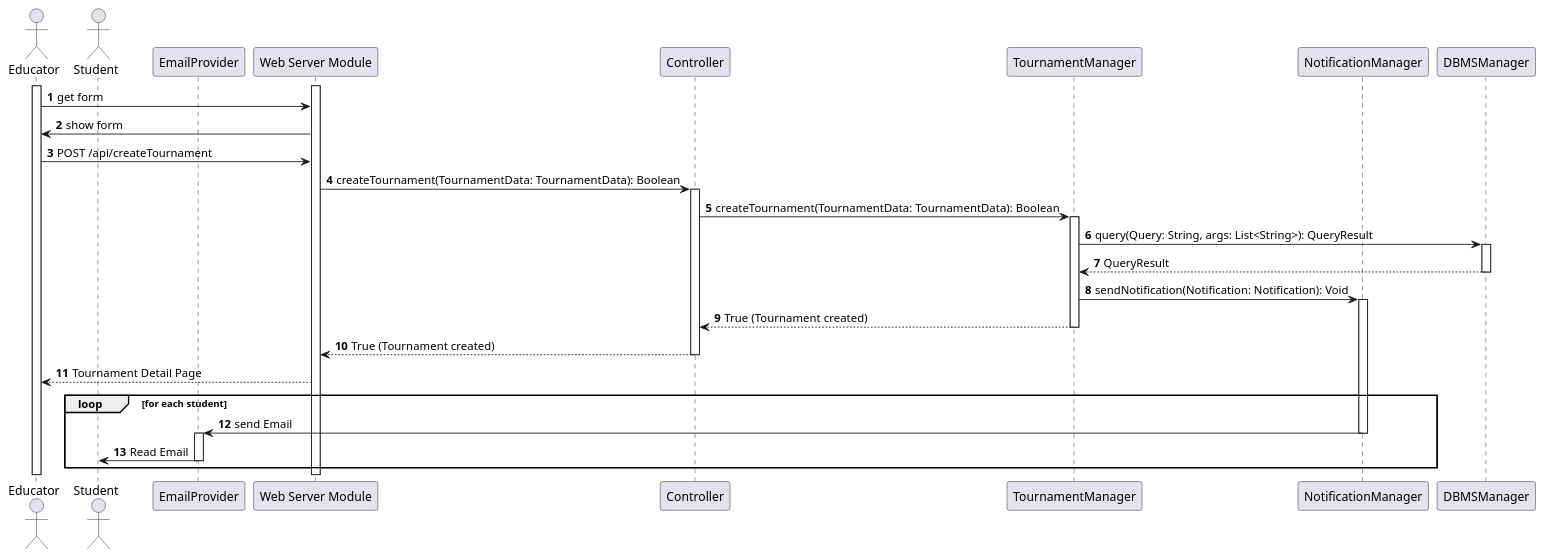
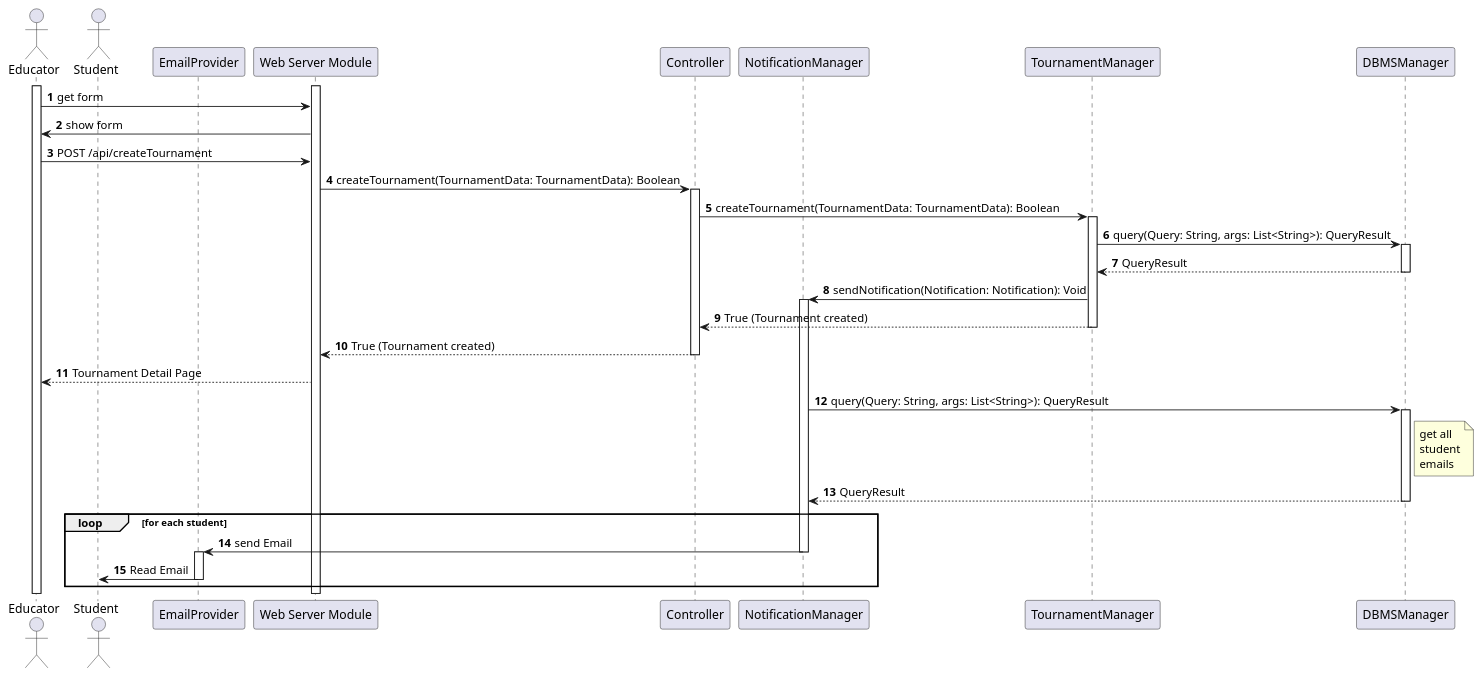
One commit to Angelo7672/SE2_Requirement-and-Design-Document changed the diagram in _DD/Images/sequenceDiagrams/createATournament.wsd. Above: the diagram before and after it, drawn with PlantUML. The commit also changed 7 other files, not shown here.

Commit message:
(dd) More Sequence Diagram Tweaks

```diff
--- a/_DD/Images/sequenceDiagrams/createATournament.wsd
+++ b/_DD/Images/sequenceDiagrams/createATournament.wsd
@@ -1,42 +1,47 @@
 @startuml
 
 'NEW
 autonumber
 actor Educator as E
 actor Student as S
 participant EmailProvider as EM
 participant "Web Server Module" as WS
 participant Controller as C
+participant NotificationManager as NM
 participant TournamentManager as TM
-participant NotificationManager as NM
 participant DBMSManager as DB
 
 activate E
 activate WS
 E -> WS: get form
 WS -> E: show form
 E -> WS: POST /api/createTournament
 WS -> C: createTournament(TournamentData: TournamentData): Boolean
 activate C
 C -> TM: createTournament(TournamentData: TournamentData): Boolean
 activate TM
 TM -> DB: query(Query: String, args: List<String>): QueryResult
 activate DB
 DB --> TM: QueryResult
 deactivate DB
 TM -> NM: sendNotification(Notification: Notification): Void
 activate NM
 TM --> C: True (Tournament created)
 deactivate TM
 C --> WS: True (Tournament created)
 deactivate C
 WS --> E: Tournament Detail Page
+NM -> DB: query(Query: String, args: List<String>): QueryResult
+note right of DB: get all\nstudent\nemails
+activate DB
+DB --> NM: QueryResult
+deactivate DB
 loop for each student
 NM -> EM: send Email
 deactivate NM
 activate EM
 EM -> S: Read Email
 deactivate EM
 end
 
 @enduml
```
